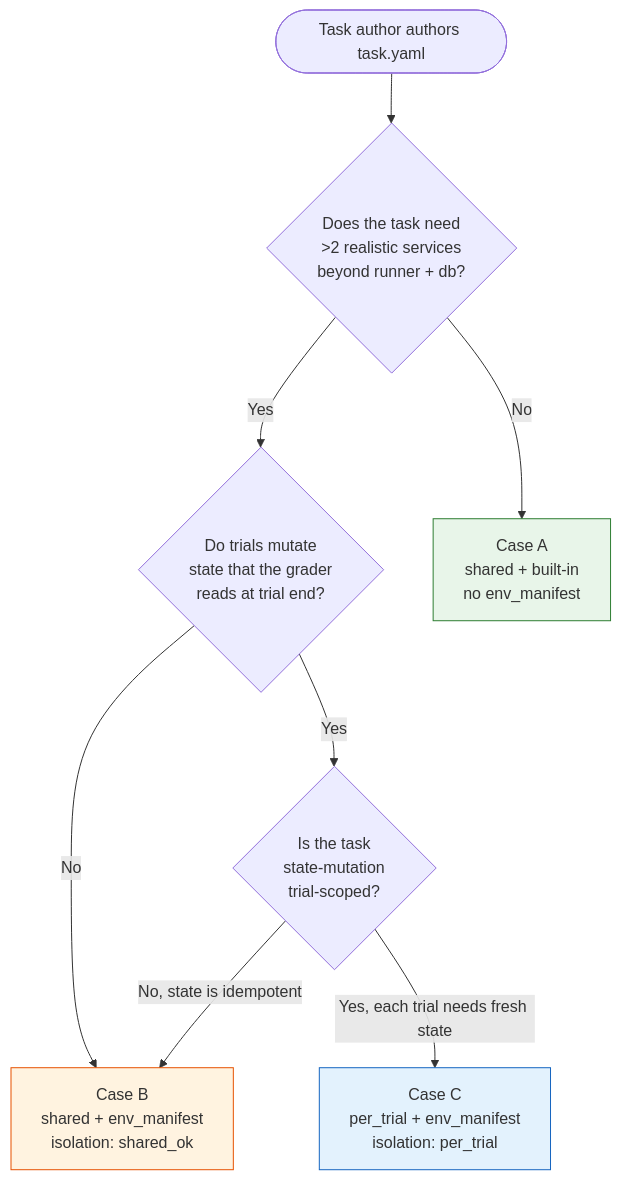
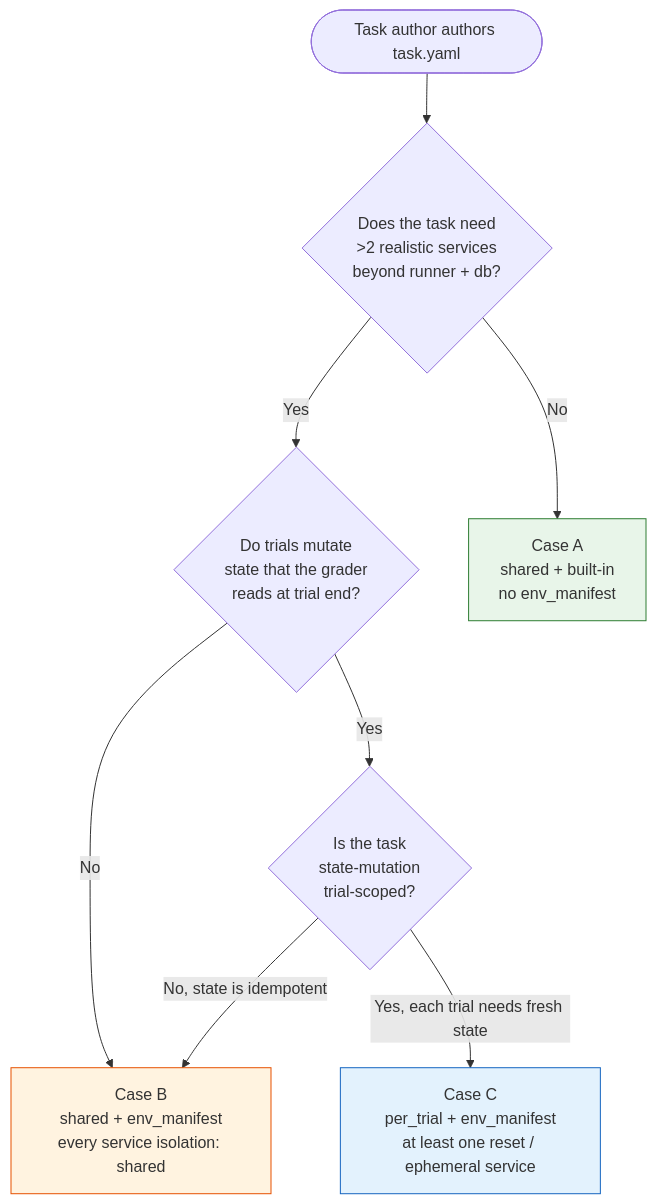
Before and after one commit to Toloka/tolokaforge: the fifth of 5 diagrams in docs/architecture/adr/0018-multi-container-under-shared-runtime.md, drawn with Mermaid. The commit also changed other lines of this file and 39 other files, not shown here.

````diff
--- a/docs/architecture/adr/0018-multi-container-under-shared-runtime.md
+++ b/docs/architecture/adr/0018-multi-container-under-shared-runtime.md
@@ -251,22 +316,22 @@
 ```mermaid
 flowchart TB
   START([Task author authors task.yaml])
   Q1{Does the task need<br/>>2 realistic services<br/>beyond runner + db?}
   Q2{Do trials mutate<br/>state that the grader<br/>reads at trial end?}
   Q3{Is the task<br/>state-mutation<br/>trial-scoped?}
   A[Case A<br/>shared + built-in<br/>no env_manifest]
-  B[Case B<br/>shared + env_manifest<br/>isolation: shared_ok]
-  C[Case C<br/>per_trial + env_manifest<br/>isolation: per_trial]
+  B[Case B<br/>shared + env_manifest<br/>every service isolation: shared]
+  C[Case C<br/>per_trial + env_manifest<br/>at least one reset / ephemeral service]
 
   START --> Q1
   Q1 -- No --> A
   Q1 -- Yes --> Q2
   Q2 -- No --> B
   Q2 -- Yes --> Q3
   Q3 -- No, state is idempotent --> B
   Q3 -- Yes, each trial needs fresh state --> C
 
   style A fill:#e8f5e9,stroke:#2e7d32
   style B fill:#fff3e0,stroke:#e65100
   style C fill:#e3f2fd,stroke:#1565c0
 ```
````
